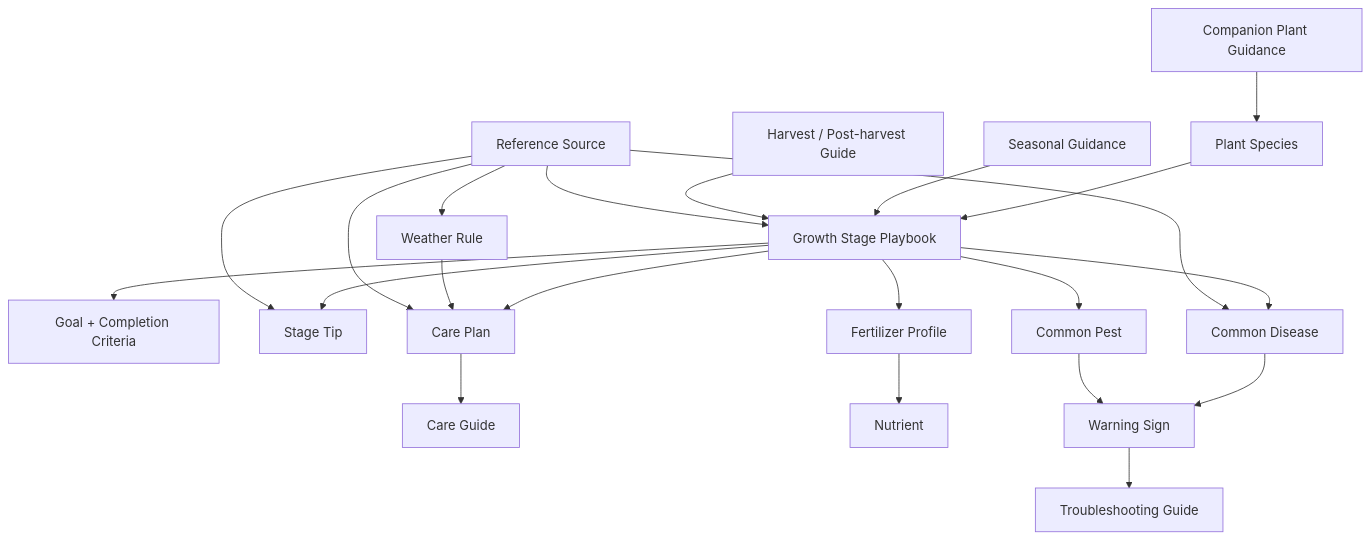
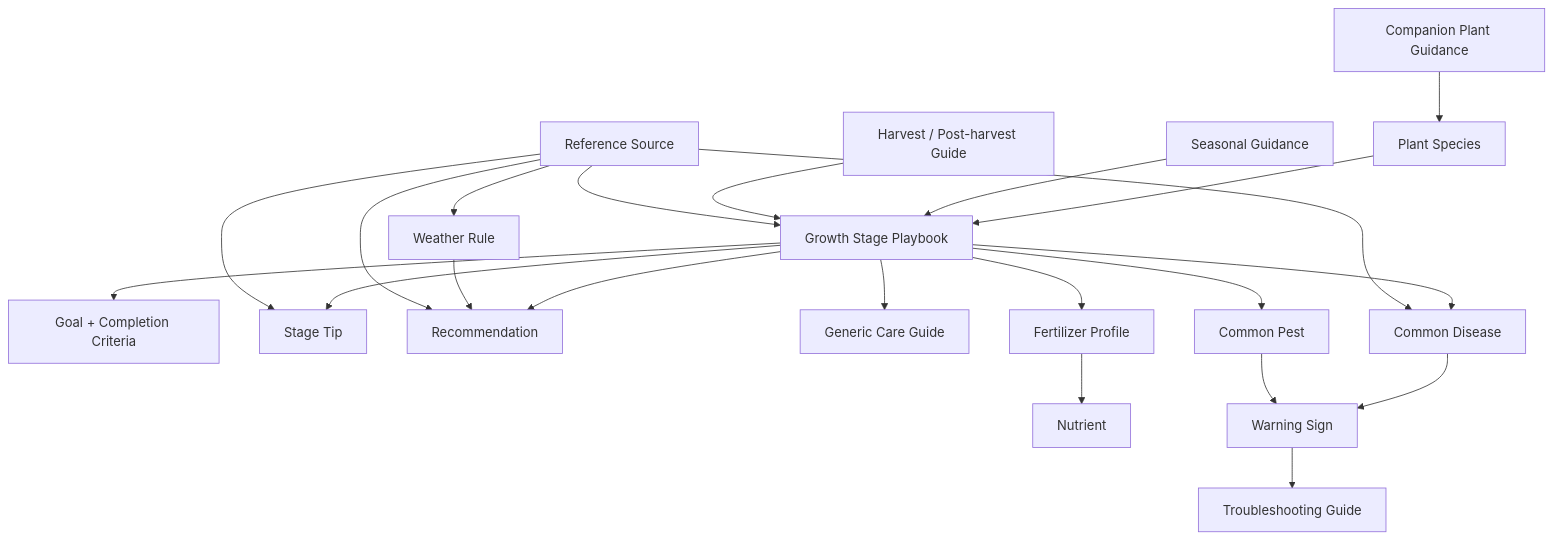
Before and after one commit to tandat2209/sotaytrongcay: the first of 2 diagrams in docs/KNOWLEDGE_BASE_ARCHITECTURE.md, drawn with Mermaid. The commit also changed other lines of this file and 12 other files, not shown here.

Commit message:
feat: expand stage playbook care guidance

````diff
--- a/docs/KNOWLEDGE_BASE_ARCHITECTURE.md
+++ b/docs/KNOWLEDGE_BASE_ARCHITECTURE.md
@@ -36,24 +36,24 @@
 ```mermaid
 flowchart TD
     Species["Plant Species"] --> Stage["Growth Stage Playbook"]
     Stage --> Goal["Goal + Completion Criteria"]
     Stage --> Tip["Stage Tip"]
-    Recommendation["Care Plan"] --> Care["Care Guide"]
     Stage --> Recommendation
+    Stage --> Care["Generic Care Guide"]
     Stage --> Fert["Fertilizer Profile"]
     Fert --> Nutrient["Nutrient"]
     Stage --> Disease["Common Disease"]
     Stage --> Pest["Common Pest"]
     Disease --> Sign["Warning Sign"]
     Pest --> Sign
     Sign --> Troubleshoot["Troubleshooting Guide"]
     Weather["Weather Rule"] --> Recommendation
     Seasonal["Seasonal Guidance"] --> Stage
     Harvest["Harvest / Post-harvest Guide"] --> Stage
     Companion["Companion Plant Guidance"] --> Species
     Source["Reference Source"] --> Stage
     Source --> Tip
     Source --> Recommendation
     Source --> Weather
     Source --> Disease
 ```
````
